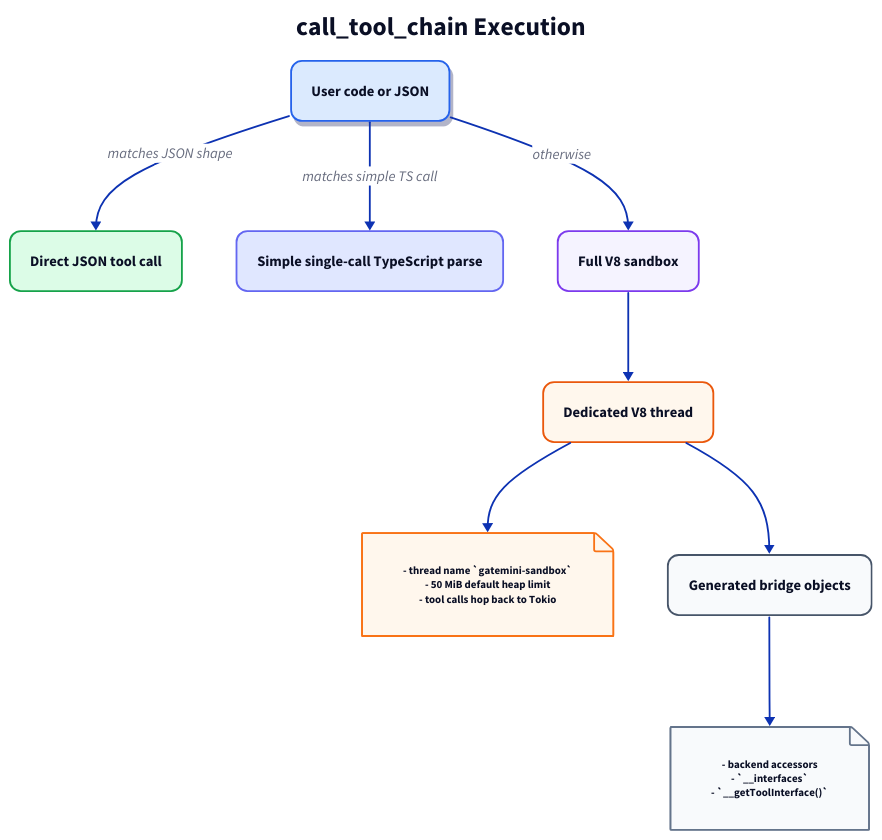
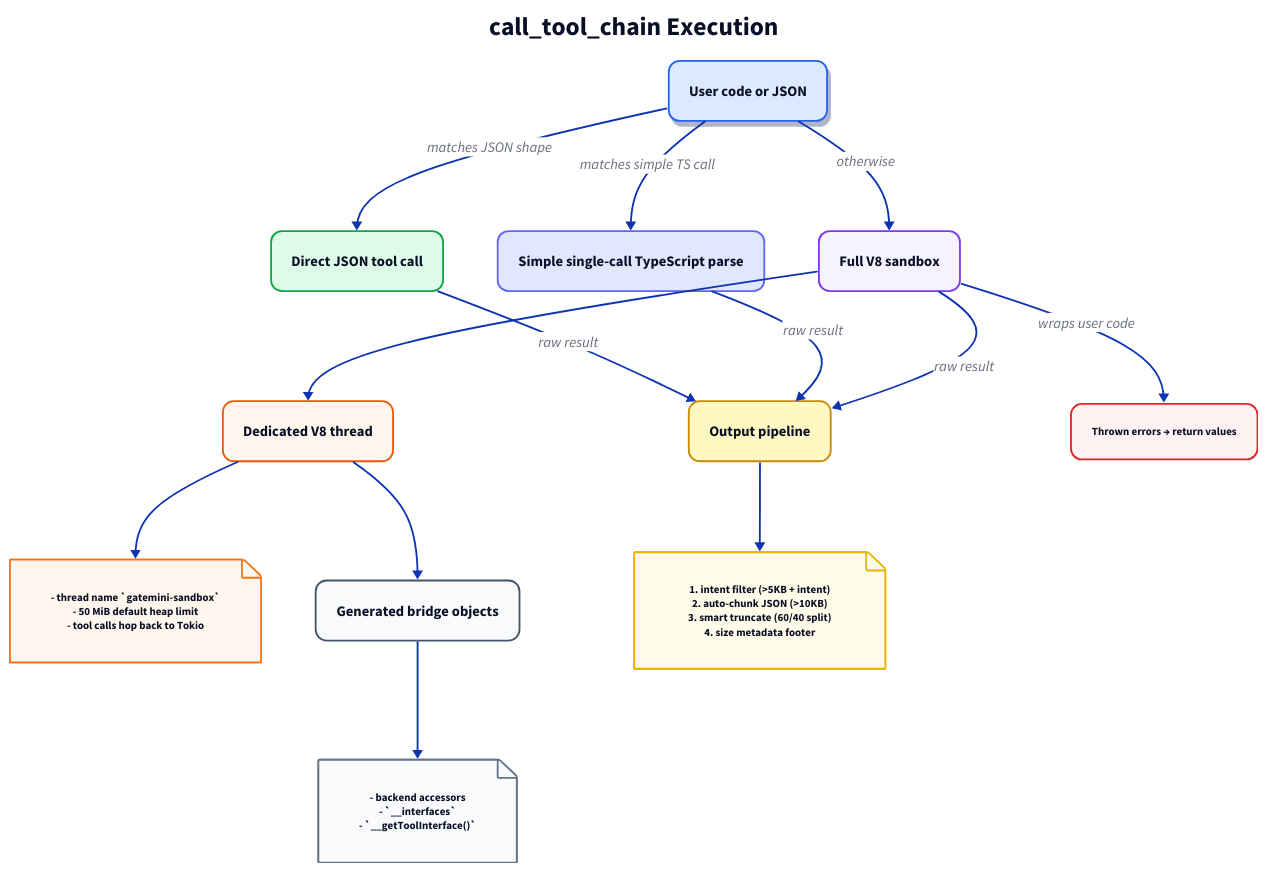
The diagram in docs/diagrams/sandbox-execution.d2 (jonwraymond/PrismGate), drawn with D2 before and after one commit. The commit also changed 15 other files, not shown here.

First line of the commit message:
docs: update diagrams for v1.9.0 — add pool lifecycle, update health + sandbox

```diff
--- a/docs/diagrams/sandbox-execution.d2
+++ b/docs/diagrams/sandbox-execution.d2
@@ -1,78 +1,109 @@
 direction: down
 
 title: call_tool_chain Execution {
   shape: text
   near: top-center
   style.font-size: 28
   style.bold: true
 }
 
 input: User code or JSON {
   style.fill: "#DBEAFE"
   style.stroke: "#2563EB"
   style.border-radius: 12
   style.shadow: true
 }
 
 tier1: Tier 1 {
   label: "Direct JSON tool call"
   style.fill: "#DCFCE7"
   style.stroke: "#16A34A"
   style.border-radius: 12
 }
 
 tier2: Tier 2 {
   label: "Simple single-call TypeScript parse"
   style.fill: "#E0E7FF"
   style.stroke: "#6366F1"
   style.border-radius: 12
 }
 
 tier3: Tier 3 {
   label: "Full V8 sandbox"
   style.fill: "#F5F3FF"
   style.stroke: "#7C3AED"
   style.border-radius: 12
 }
 
 bridge: Dedicated V8 thread {
   style.fill: "#FFF7ED"
   style.stroke: "#EA580C"
   style.border-radius: 12
 }
 
 bridge_note: |md
   - thread name `gatemini-sandbox`
   - 50 MiB default heap limit
   - tool calls hop back to Tokio
 | {
   shape: page
   style.fill: "#FFF7ED"
   style.stroke: "#F97316"
   style.font-size: 12
 }
 
 introspection: Generated bridge objects {
   style.fill: "#F8FAFC"
   style.stroke: "#475569"
   style.border-radius: 12
 }
 
 introspection_note: |md
   - backend accessors
   - `__interfaces`
   - `__getToolInterface()`
 | {
   shape: page
   style.fill: "#F8FAFC"
   style.stroke: "#64748B"
   style.font-size: 12
 }
 
+output: Output pipeline {
+  style.fill: "#FEF9C3"
+  style.stroke: "#CA8A04"
+  style.border-radius: 12
+}
+
+output_detail: |md
+  1. intent filter (>5KB + intent)
+  2. auto-chunk JSON (>10KB)
+  3. smart truncate (60/40 split)
+  4. size metadata footer
+| {
+  shape: page
+  style.fill: "#FEFCE8"
+  style.stroke: "#EAB308"
+  style.font-size: 12
+}
+
+trycatch: try/catch wrapper {
+  label: "Thrown errors → return values"
+  style.fill: "#FEF2F2"
+  style.stroke: "#DC2626"
+  style.border-radius: 12
+  style.font-size: 12
+}
+
 input -> tier1: matches JSON shape
 input -> tier2: matches simple TS call
 input -> tier3: otherwise
 tier3 -> bridge
+tier3 -> trycatch: wraps user code
 bridge -> bridge_note
 bridge -> introspection
 introspection -> introspection_note
+tier1 -> output: raw result
+tier2 -> output: raw result
+tier3 -> output: raw result
+output -> output_detail
```
